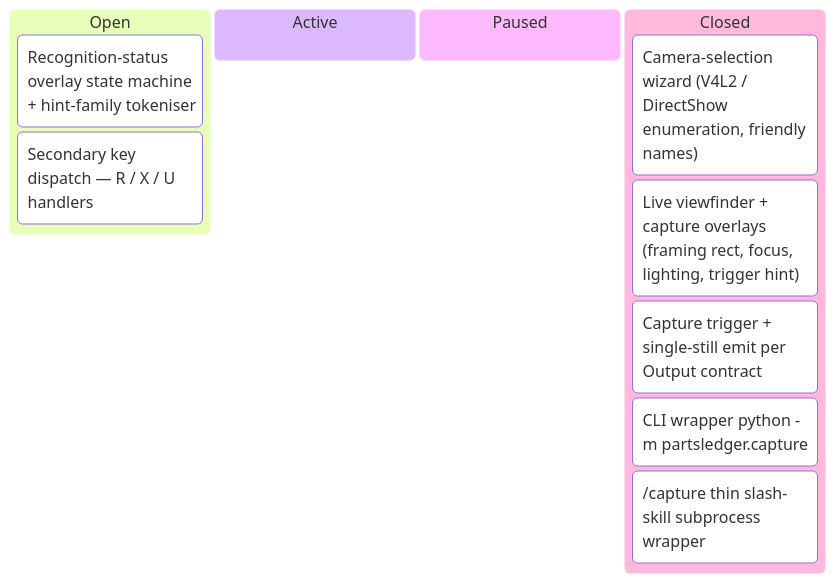
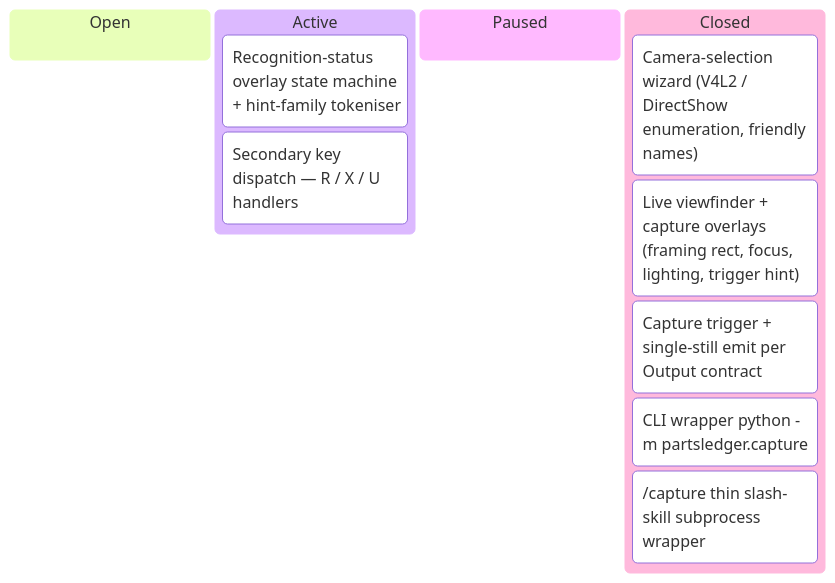
Before and after one commit to tgd1975/PartsLedger: the fourth of 5 diagrams in docs/developers/tasks/KANBAN.md, drawn with Mermaid. The commit also changed other lines of this file and 9 other files, not shown here.

````diff
--- a/docs/developers/tasks/KANBAN.md
+++ b/docs/developers/tasks/KANBAN.md
@@ -60,14 +60,14 @@
 ```mermaid
 kanban
   Open
+  Active
     TASK_036["Recognition-status overlay state machine + hint-family tokeniser"]
     TASK_037["Secondary key dispatch — R / X / U handlers"]
-  Active
   Paused
   Closed
     TASK_032["Camera-selection wizard (V4L2 / DirectShow enumeration, friendly names)"]
     TASK_033["Live viewfinder + capture overlays (framing rect, focus, lighting, trigger hint)"]
     TASK_034["Capture trigger + single-still emit per Output contract"]
     TASK_035["CLI wrapper python -m partsledger.capture"]
     TASK_038["/capture thin slash-skill subprocess wrapper"]
 ```
````
